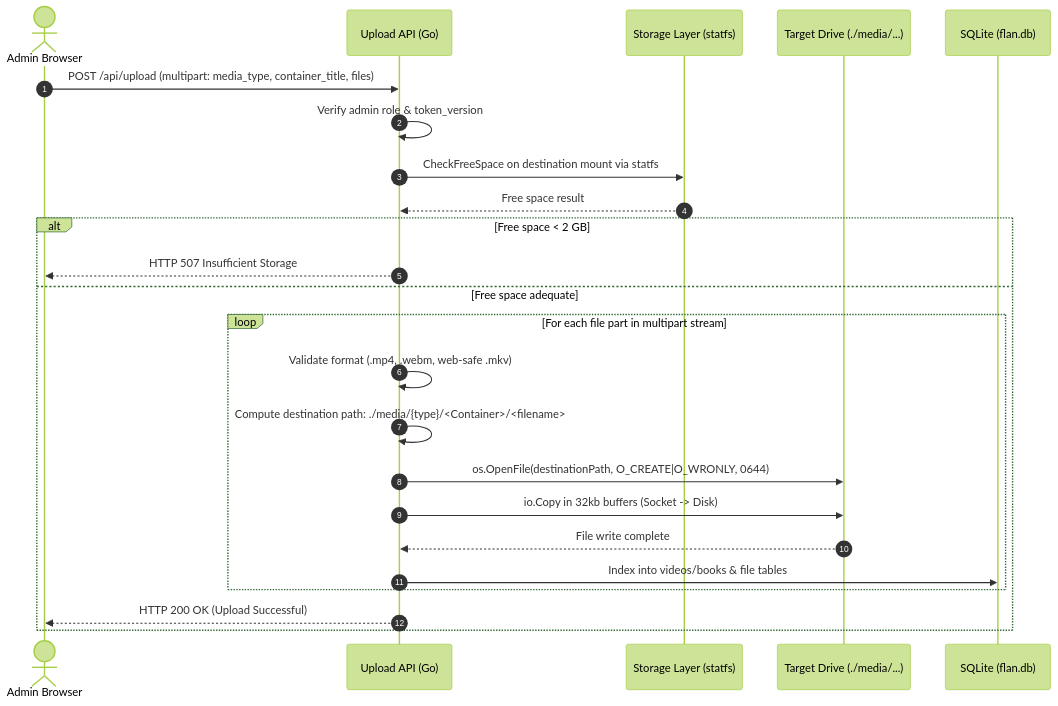
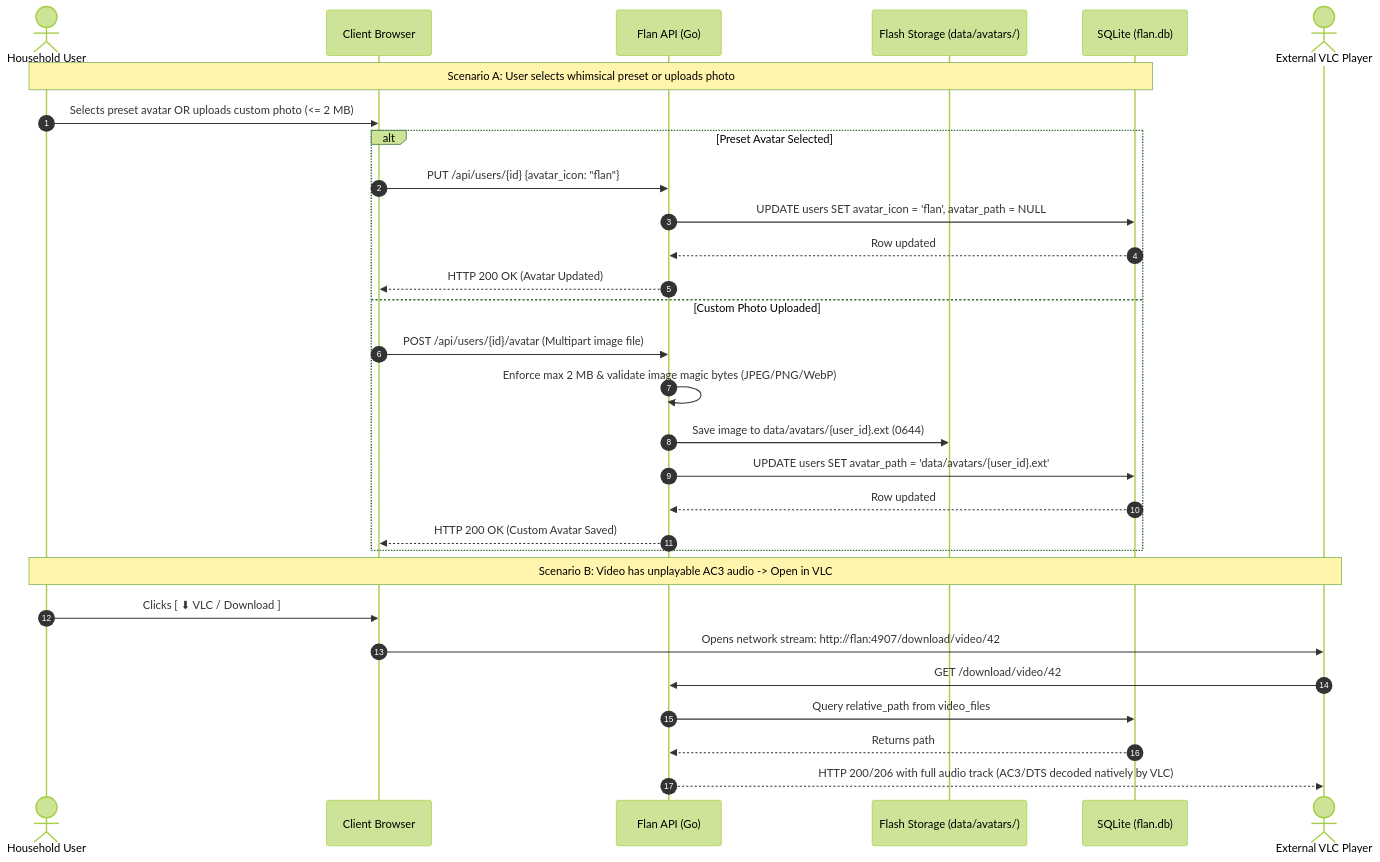
The sixth of 6 diagrams in docs/diagrams/data-flow.md (WesleyEsq/Flan-Media-Server), drawn with Mermaid (forest theme) before and after one commit. The commit also changed other lines of this file and 15 other files, not shown here.

````diff
--- a/docs/diagrams/data-flow.md
+++ b/docs/diagrams/data-flow.md
@@ -176,27 +179,34 @@
 ```mermaid
 sequenceDiagram
     autonumber
-    actor Admin as Admin Browser
-    participant Handler as Upload API (Go)
-    participant Storage as Storage Layer (statfs)
-    participant Disk as Target Drive (./media/...)
+    actor User as Household User
+    participant Browser as Client Browser
+    participant API as Flan API (Go)
+    participant Disk as Flash Storage (data/avatars/)
     participant DB as SQLite (flan.db)
+    actor VLC as External VLC Player
 
-    Admin->>Handler: POST /api/upload (multipart: media_type, container_title, files)
-    Handler->>Handler: Verify admin role & token_version
-    Handler->>Storage: CheckFreeSpace on destination mount via statfs
-    Storage-->>Handler: Free space result
-    alt Free space < 2 GB
-        Handler-->>Admin: HTTP 507 Insufficient Storage
-    else Free space adequate
-        loop For each file part in multipart stream
-            Handler->>Handler: Validate format (.mp4, .webm, web-safe .mkv)
-            Handler->>Handler: Compute destination path: ./media/{type}/<Container>/<filename>
-            Handler->>Disk: os.OpenFile(destinationPath, O_CREATE|O_WRONLY, 0644)
-            Handler->>Disk: io.Copy in 32kb buffers (Socket -> Disk)
-            Disk-->>Handler: File write complete
-            Handler->>DB: Index into videos/books & file tables
-        end
-        Handler-->>Admin: HTTP 200 OK (Upload Successful)
+    Note over User,DB: Scenario A: User selects whimsical preset or uploads photo
+    User->>Browser: Selects preset avatar OR uploads custom photo (<= 2 MB)
+    alt Preset Avatar Selected
+        Browser->>API: PUT /api/users/{id} {avatar_icon: "flan"}
+        API->>DB: UPDATE users SET avatar_icon = 'flan', avatar_path = NULL
+        DB-->>API: Row updated
+        API-->>Browser: HTTP 200 OK (Avatar Updated)
+    else Custom Photo Uploaded
+        Browser->>API: POST /api/users/{id}/avatar (Multipart image file)
+        API->>API: Enforce max 2 MB & validate image magic bytes (JPEG/PNG/WebP)
+        API->>Disk: Save image to data/avatars/{user_id}.ext (0644)
+        API->>DB: UPDATE users SET avatar_path = 'data/avatars/{user_id}.ext'
+        DB-->>API: Row updated
+        API-->>Browser: HTTP 200 OK (Custom Avatar Saved)
     end
+
+    Note over User,VLC: Scenario B: Video has unplayable AC3 audio -> Open in VLC
+    User->>Browser: Clicks [ ⬇ VLC / Download ]
+    Browser->>VLC: Opens network stream: http://flan:4907/download/video/42
+    VLC->>API: GET /download/video/42
+    API->>DB: Query relative_path from video_files
+    DB-->>API: Returns path
+    API-->>VLC: HTTP 200/206 with full audio track (AC3/DTS decoded natively by VLC)
 ```
````
